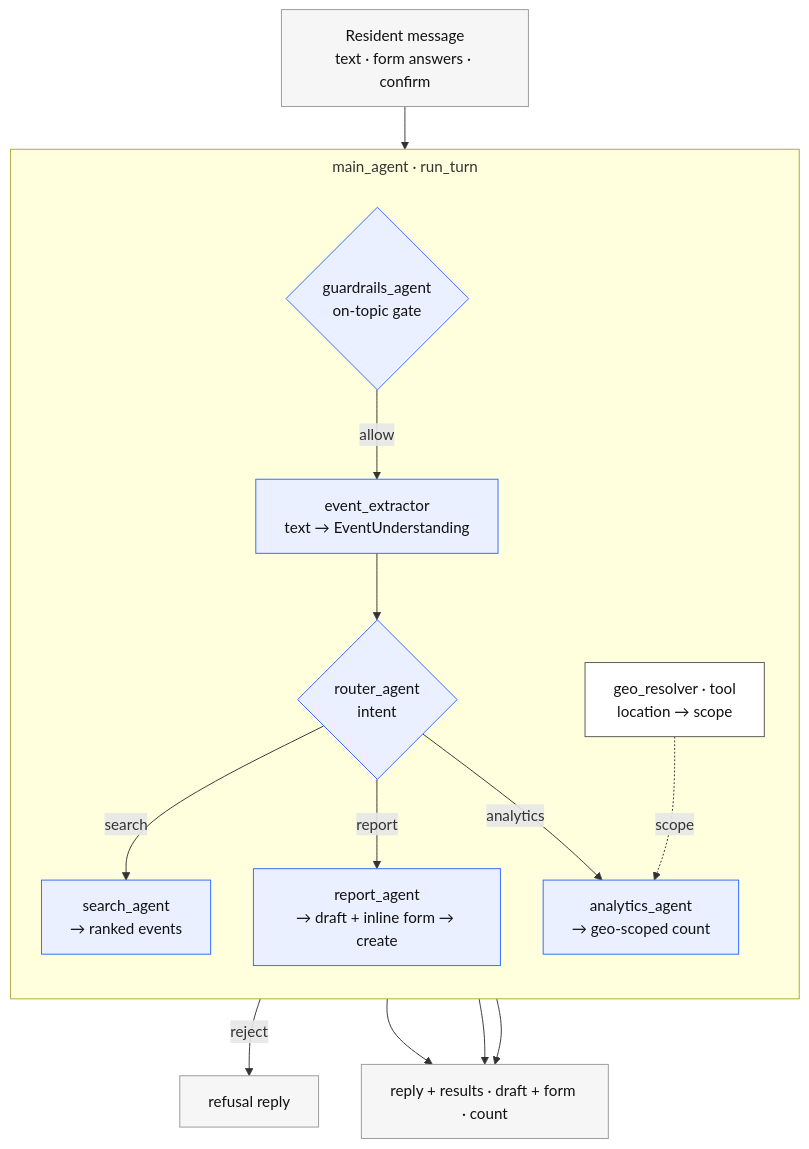
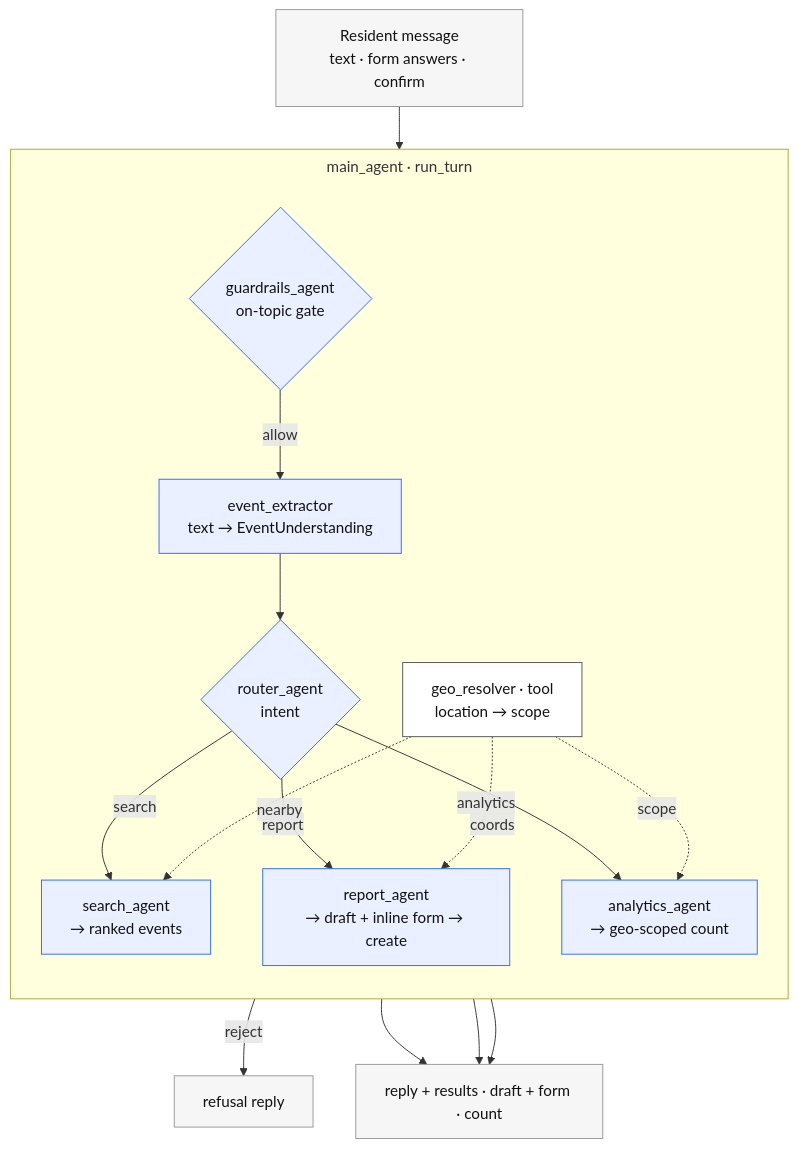
The diagram in docs/main_agent.mmd (imprv-ai-materials/ai-2030--G1--smart-wroclaw), drawn with Mermaid before and after one commit. The commit also changed 37 other files, not shown here.

```diff
--- a/docs/main_agent.mmd
+++ b/docs/main_agent.mmd
@@ -1,33 +1,35 @@
 %% Main agent — one agent composed of versioned, separately-testable sub-agents.
 %% Source: api/api/ai/main_agent/versions/v1/agent.py (MainAgent.run_turn), composing
 %% the sub-agents under api/api/ai/**. Render: mmdc -i docs/main_agent.mmd -o docs/main_agent.svg
 %%{init: {'flowchart': {'subGraphTitleMargin': {'top': 6, 'bottom': 20}, 'nodeSpacing': 45, 'rankSpacing': 45}}}%%
 flowchart TD
     U["Resident message<br/>text · form answers · confirm"]:::io
 
     subgraph MAIN["main_agent · run_turn"]
         direction TB
         G{"guardrails_agent<br/>on-topic gate"}:::agent
         EX["event_extractor<br/>text → EventUnderstanding"]:::agent
         R{"router_agent<br/>intent"}:::agent
         S["search_agent<br/>→ ranked events"]:::agent
         RP["report_agent<br/>→ draft + inline form → create"]:::agent
         AN["analytics_agent<br/>→ geo-scoped count"]:::agent
         GEO["geo_resolver · tool<br/>location → scope"]:::tool
 
         G -->|allow| EX --> R
         R -->|search| S
         R -->|report| RP
         R -->|analytics| AN
+        GEO -. nearby .-> S
+        GEO -. coords .-> RP
         GEO -. scope .-> AN
     end
 
     U --> G
     G -->|reject| BR["refusal reply"]:::io
     S --> OUT["reply + results · draft + form · count"]:::io
     RP --> OUT
     AN --> OUT
 
     classDef agent fill:#eaf0ff,stroke:#2b6cff,color:#111;
     classDef tool fill:#ffffff,stroke:#555,color:#111;
     classDef io fill:#f6f6f7,stroke:#999,color:#111;
```
